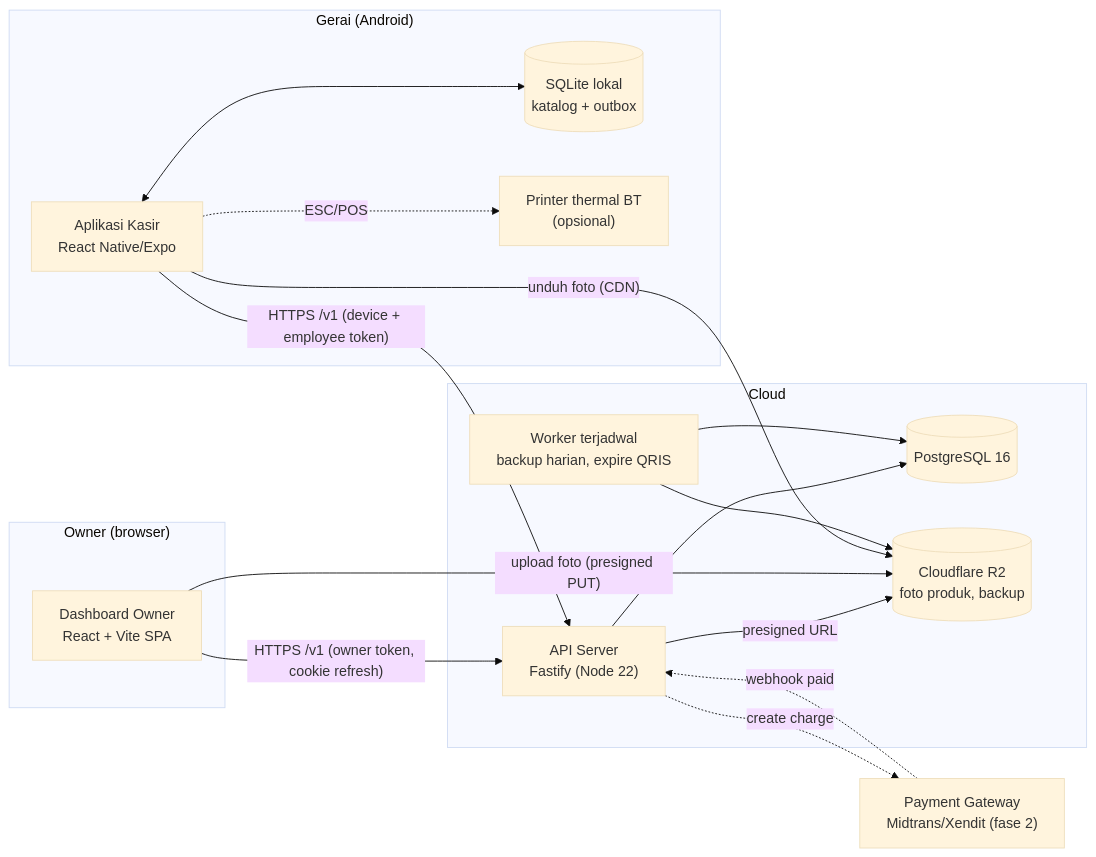
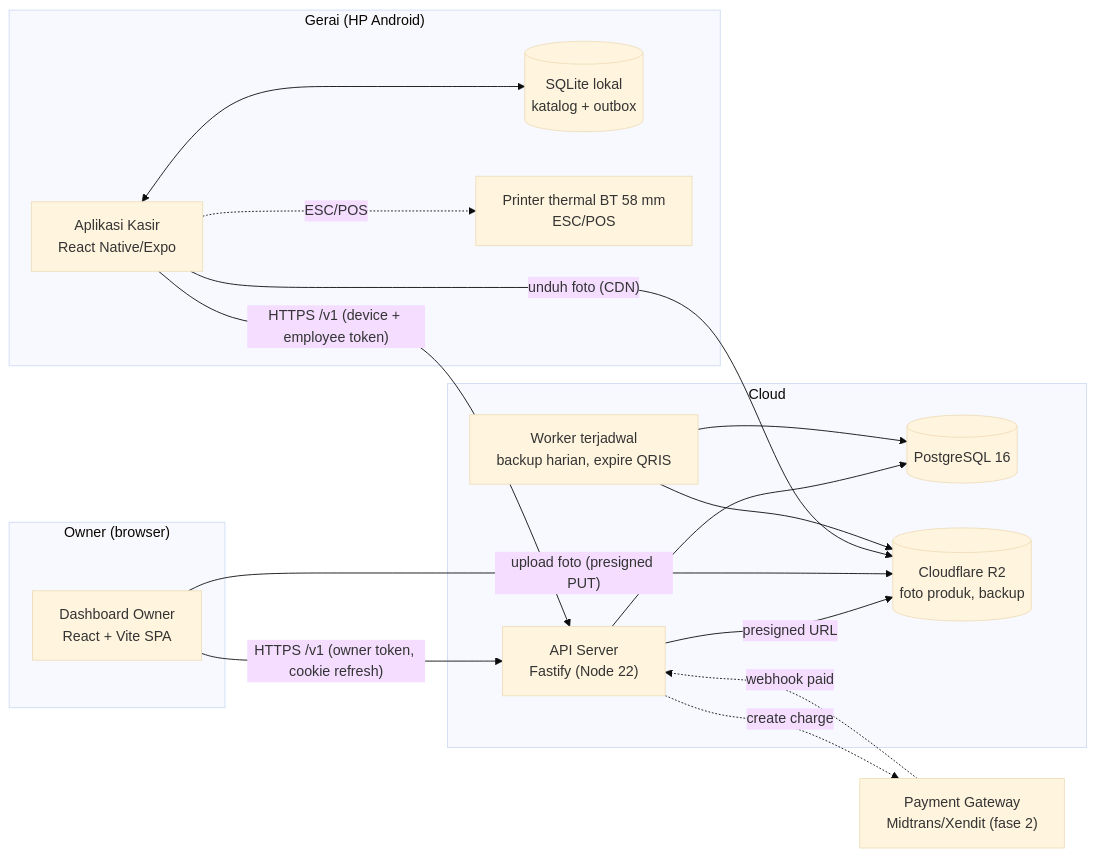
One commit to simanjuntakalbert57/kelola-kasir changed the first of 6 diagrams in docs/tdd.md. Above: the diagram before and after it, drawn with Mermaid (base theme). The commit also changed other lines of this file and 12 other files, not shown here.

````diff
--- a/docs/tdd.md
+++ b/docs/tdd.md
@@ -49,34 +66,34 @@
 ```mermaid
 flowchart LR
-  subgraph Gerai["Gerai (Android)"]
+  subgraph Gerai["Gerai (HP Android)"]
     K["Aplikasi Kasir<br/>React Native/Expo"]
     DB[("SQLite lokal<br/>katalog + outbox")]
-    P["Printer thermal BT<br/>(opsional)"]
+    P["Printer thermal BT 58 mm<br/>ESC/POS"]
     K <--> DB
     K -. ESC/POS .-> P
   end
 
   subgraph Owner["Owner (browser)"]
     W["Dashboard Owner<br/>React + Vite SPA"]
   end
 
   subgraph Cloud["Cloud"]
     API["API Server<br/>Fastify (Node 22)"]
     PG[("PostgreSQL 16")]
     R2[("Cloudflare R2<br/>foto produk, backup")]
     JOB["Worker terjadwal<br/>backup harian, expire QRIS"]
   end
 
   PGW["Payment Gateway<br/>Midtrans/Xendit (fase 2)"]
 
   K -- "HTTPS /v1 (device + employee token)" --> API
   W -- "HTTPS /v1 (owner token, cookie refresh)" --> API
   API --> PG
   API -- presigned URL --> R2
   W -- upload foto (presigned PUT) --> R2
   K -- unduh foto (CDN) --> R2
   JOB --> PG
   JOB --> R2
   API -. "create charge" .-> PGW
   PGW -. "webhook paid" .-> API
 ```
````
